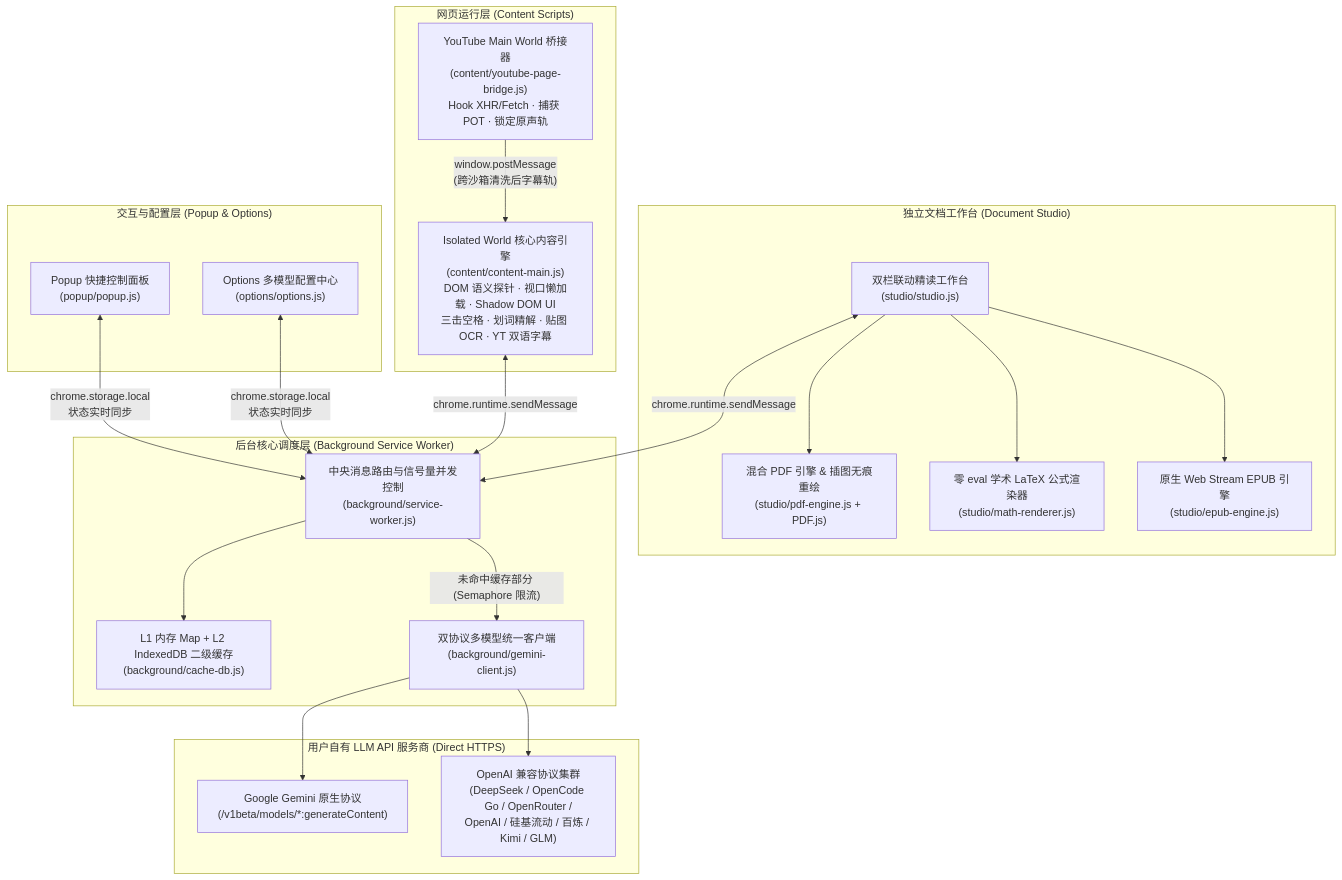
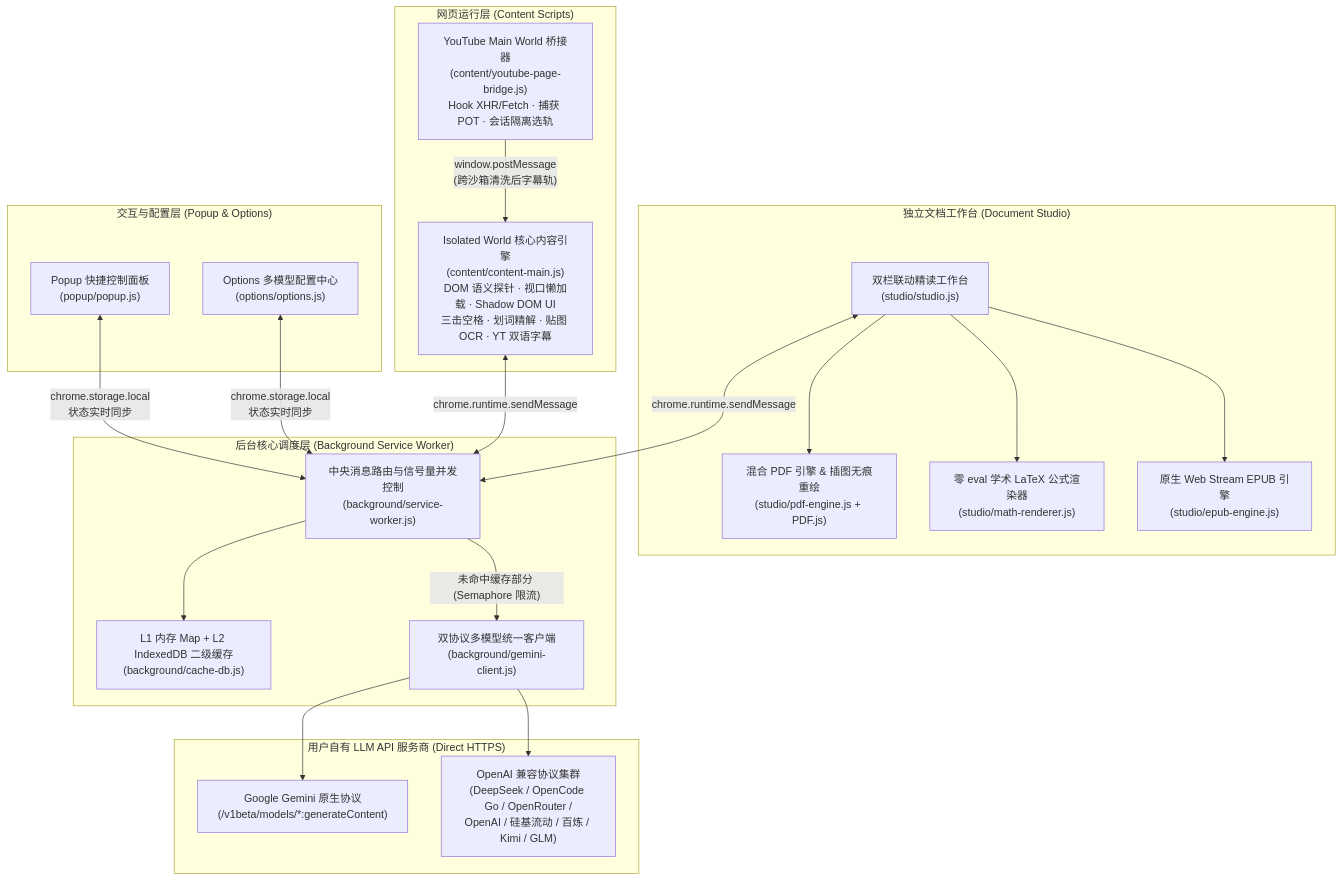
Before and after one commit to dqrcsc/qingjian-translator: the diagram in README.md, drawn with Mermaid. The commit also changed other lines of this file and 14 other files, not shown here.

Commit message:
fix: preserve YouTube subtitle sessions and EPUB content

````diff
--- a/README.md
+++ b/README.md
@@ -276,39 +279,39 @@
 ```mermaid
 flowchart TB
     subgraph UI["交互与配置层 (Popup & Options)"]
         Popup["Popup 快捷控制面板<br/>(popup/popup.js)"]
         Options["Options 多模型配置中心<br/>(options/options.js)"]
     end
 
     subgraph Page["网页运行层 (Content Scripts)"]
-        MainBridge["YouTube Main World 桥接器<br/>(content/youtube-page-bridge.js)<br/>Hook XHR/Fetch · 捕获 POT · 锁定原声轨"]
+        MainBridge["YouTube Main World 桥接器<br/>(content/youtube-page-bridge.js)<br/>Hook XHR/Fetch · 捕获 POT · 会话隔离选轨"]
         ContentMain["Isolated World 核心内容引擎<br/>(content/content-main.js)<br/>DOM 语义探针 · 视口懒加载 · Shadow DOM UI<br/>三击空格 · 划词精解 · 贴图 OCR · YT 双语字幕"]
     end
 
     subgraph Studio["独立文档工作台 (Document Studio)"]
         StudioApp["双栏联动精读工作台<br/>(studio/studio.js)"]
         PdfEngine["混合 PDF 引擎 & 插图无痕重绘<br/>(studio/pdf-engine.js + PDF.js)"]
         MathEngine["零 eval 学术 LaTeX 公式渲染器<br/>(studio/math-renderer.js)"]
         EpubEngine["原生 Web Stream EPUB 引擎<br/>(studio/epub-engine.js)"]
     end
 
     subgraph BG["后台核心调度层 (Background Service Worker)"]
         SW["中央消息路由与信号量并发控制<br/>(background/service-worker.js)"]
         CacheDB["L1 内存 Map + L2 IndexedDB 二级缓存<br/>(background/cache-db.js)"]
         LLMClient["双协议多模型统一客户端<br/>(background/gemini-client.js)"]
     end
 
     subgraph Cloud["用户自有 LLM API 服务商 (Direct HTTPS)"]
         GeminiAPI["Google Gemini 原生协议<br/>(/v1beta/models/*:generateContent)"]
         OpenAIAPI["OpenAI 兼容协议集群<br/>(DeepSeek / OpenCode Go / OpenRouter /<br/>OpenAI / 硅基流动 / 百炼 / Kimi / GLM)"]
     end
 
     MainBridge -- "window.postMessage<br/>(跨沙箱清洗后字幕轨)" --> ContentMain
     Popup & Options <-- "chrome.storage.local<br/>状态实时同步" --> SW
     ContentMain <-- "chrome.runtime.sendMessage" --> SW
     StudioApp --> PdfEngine & MathEngine & EpubEngine
     StudioApp <-- "chrome.runtime.sendMessage" --> SW
     SW --> CacheDB
     SW -- "未命中缓存部分 (Semaphore 限流)" --> LLMClient
     LLMClient --> GeminiAPI & OpenAIAPI
 ```
````
